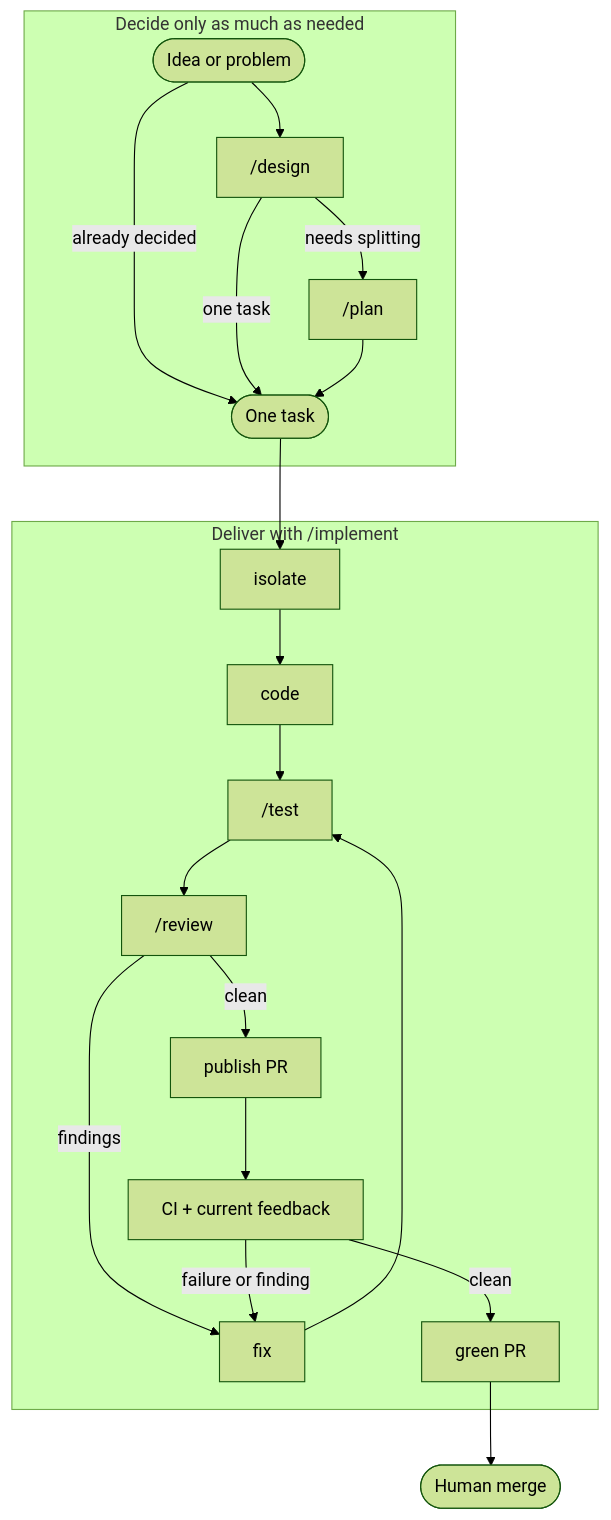
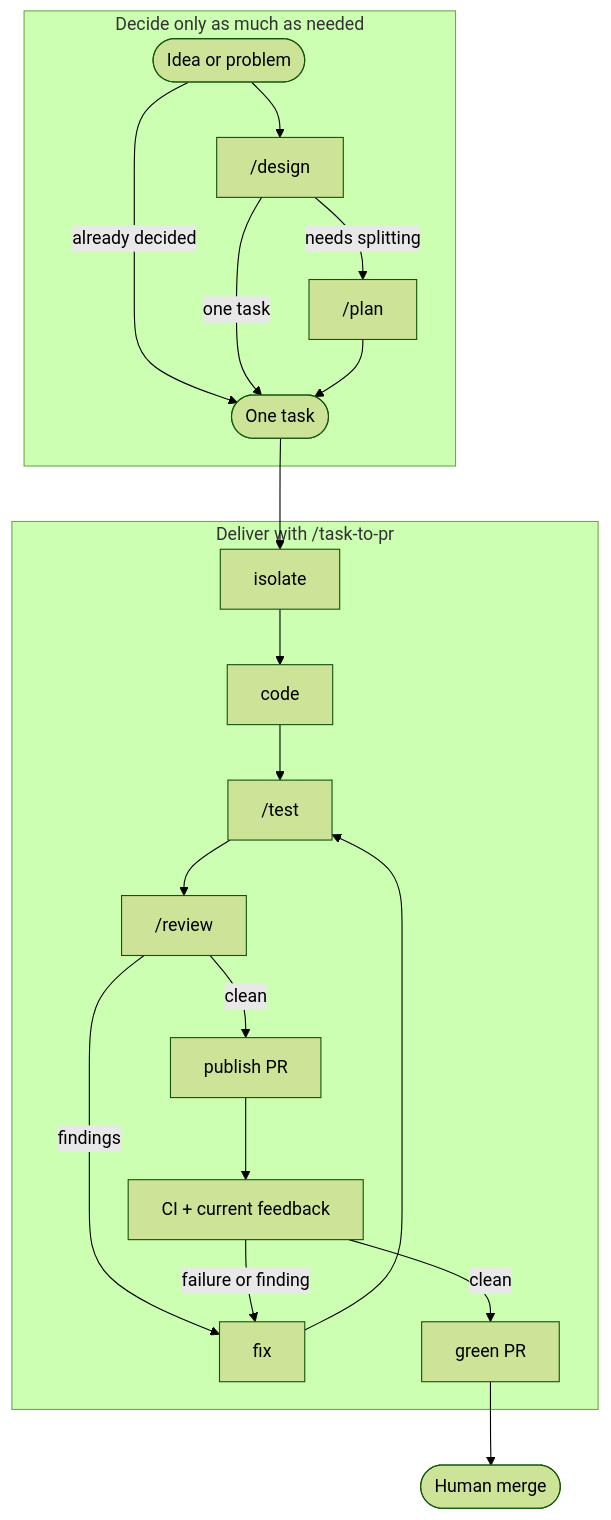
Before and after one commit to owainlewis/blueprint: the diagram in README.md, drawn with Mermaid (forest theme). The commit also changed other lines of this file and 7 other files, not shown here.

````diff
--- a/README.md
+++ b/README.md
@@ -31,19 +31,19 @@
 ```mermaid
 flowchart TB
     subgraph Decide["Decide only as much as needed"]
         Idea([Idea or problem]) --> Design["/design"]
         Idea -->|already decided| Task([One task])
         Design -->|one task| Task
         Design -->|needs splitting| Plan["/plan"] --> Task
     end
 
-    subgraph Deliver["Deliver with /implement"]
+    subgraph Deliver["Deliver with /task-to-pr"]
         Task --> Isolate["isolate"] --> Code["code"] --> Test["/test"] --> Review["/review"]
         Review -->|findings| Fix["fix"] --> Test
         Review -->|clean| Publish["publish PR"] --> Validate["CI + current feedback"]
         Validate -->|failure or finding| Fix
         Validate -->|clean| PR["green PR"]
     end
 
     PR --> Merge([Human merge])
 ```
````
